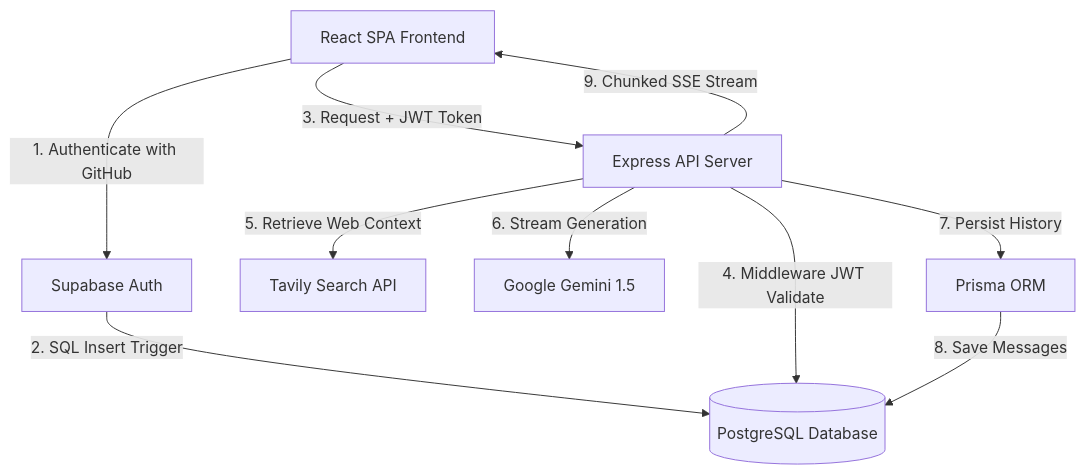
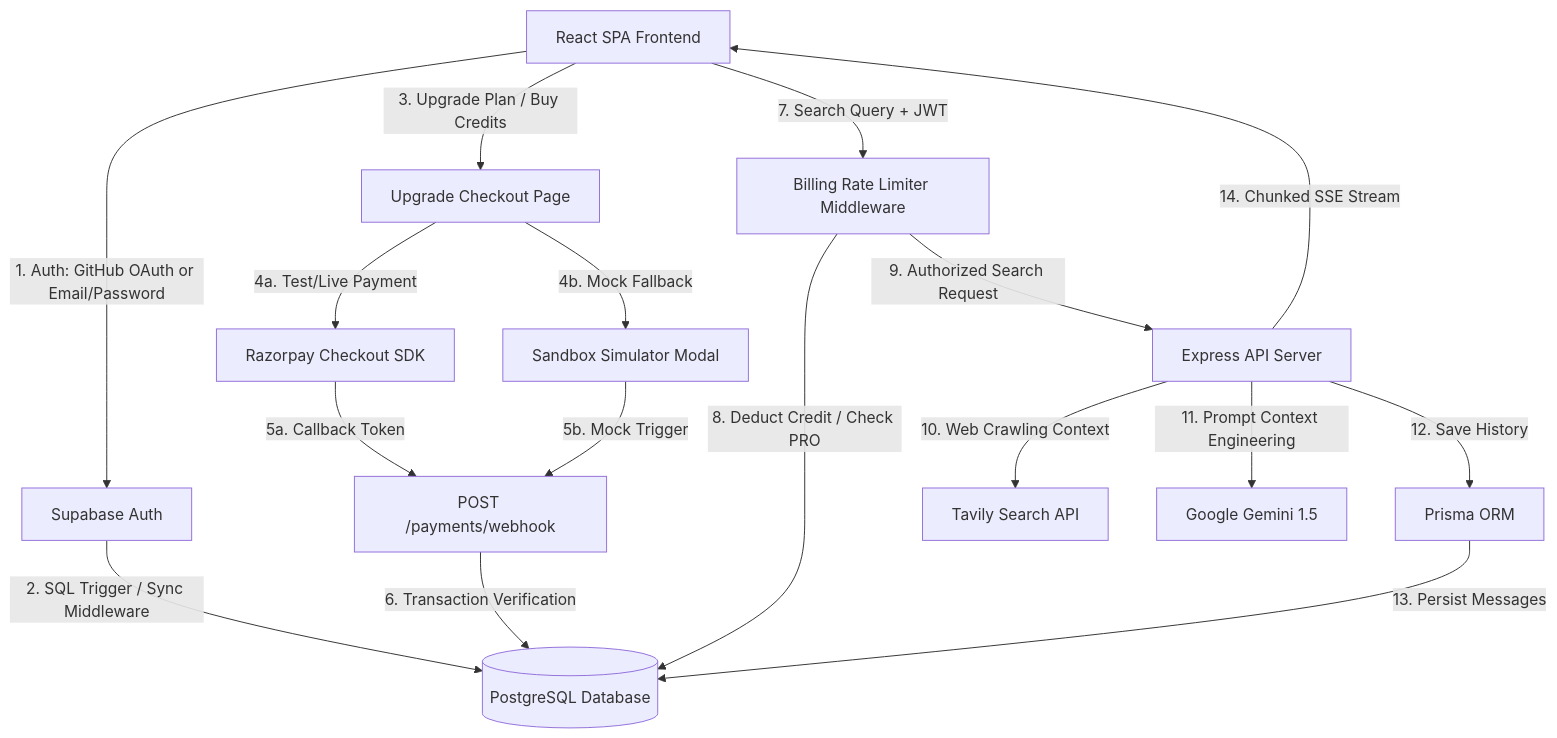
The first of 2 diagrams in README.md (harsh-tamrakar/Query.ai), drawn with Mermaid before and after one commit. The commit also changed other lines of this file and 8 other files, not shown here.

Commit message:
docs: update system architecture and checkout flow screenshots in README

````diff
--- a/README.md
+++ b/README.md
@@ -19,12 +19,19 @@
 ```mermaid
 graph TD
-    Client[React SPA Frontend] -->|1. Authenticate with GitHub| Supabase[Supabase Auth]
-    Supabase -->|2. SQL Insert Trigger| DB[(PostgreSQL Database)]
-    Client -->|3. Request + JWT Token| API[Express API Server]
-    API -->|4. Middleware JWT Validate| DB
-    API -->|5. Retrieve Web Context| Tavily[Tavily Search API]
-    API -->|6. Stream Generation| Gemini[Google Gemini 1.5]
-    API -->|7. Persist History| Prisma[Prisma ORM]
-    Prisma -->|8. Save Messages| DB
-    API -->|9. Chunked SSE Stream| Client
+    Client[React SPA Frontend] -->|1. Auth: GitHub OAuth or Email/Password| Supabase[Supabase Auth]
+    Supabase -->|2. SQL Trigger / Sync Middleware| DB[(PostgreSQL Database)]
+    Client -->|3. Upgrade Plan / Buy Credits| Upgrade[Upgrade Checkout Page]
+    Upgrade -->|4a. Test/Live Payment| Razorpay[Razorpay Checkout SDK]
+    Upgrade -->|4b. Mock Fallback| Sandbox[Sandbox Simulator Modal]
+    Razorpay -->|5a. Callback Token| Webhook[POST /payments/webhook]
+    Sandbox -->|5b. Mock Trigger| Webhook
+    Webhook -->|6. Transaction Verification| DB
+    Client -->|7. Search Query + JWT| Billing[Billing Rate Limiter Middleware]
+    Billing -->|8. Deduct Credit / Check PRO| DB
+    Billing -->|9. Authorized Search Request| API[Express API Server]
+    API -->|10. Web Crawling Context| Tavily[Tavily Search API]
+    API -->|11. Prompt Context Engineering| Gemini[Google Gemini 1.5]
+    API -->|12. Save History| Prisma[Prisma ORM]
+    Prisma -->|13. Persist Messages| DB
+    API -->|14. Chunked SSE Stream| Client
 ```
````
